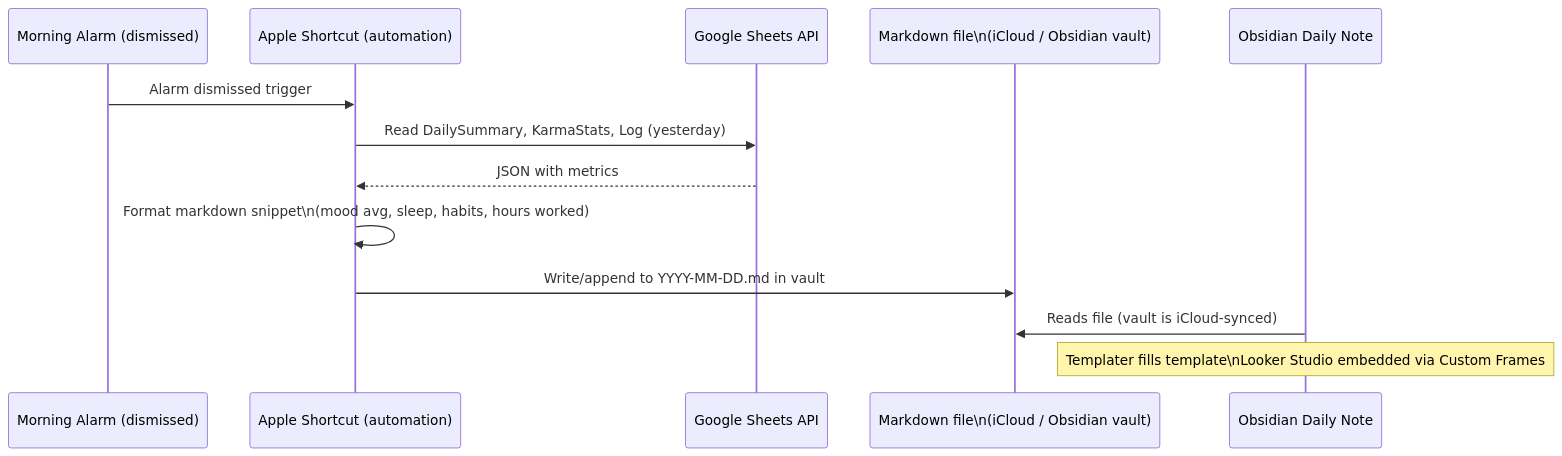
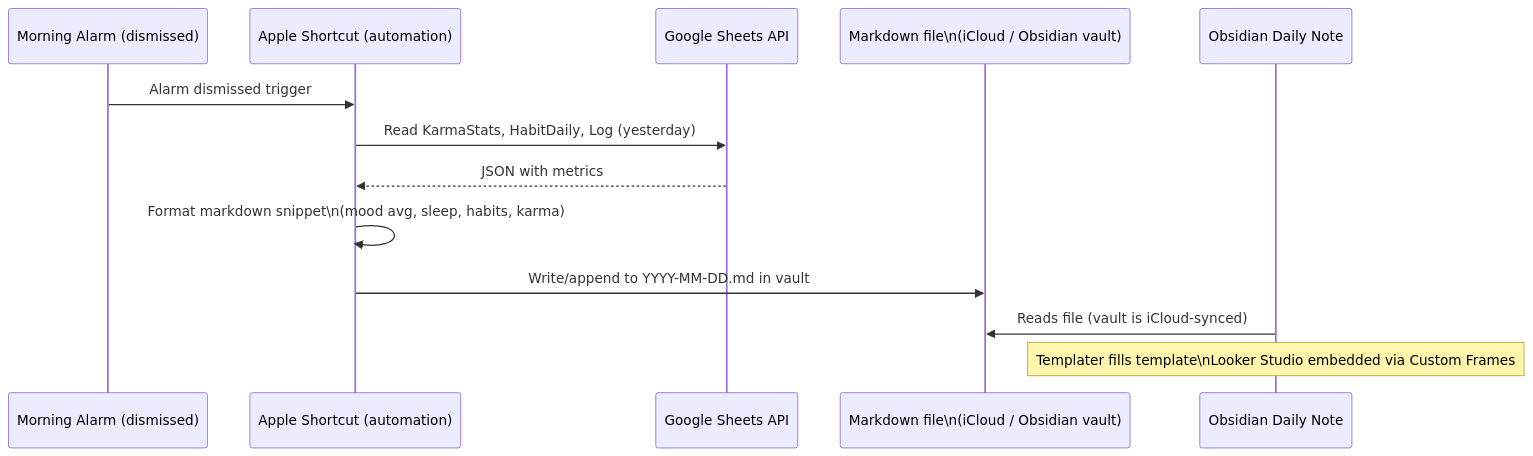
Before and after one commit to AlbertoMata/quantified-self: the fourth of 4 diagrams in docs/diagrams.md, drawn with Mermaid. The commit also changed other lines of this file and 97 other files, not shown here.

````diff
--- a/docs/diagrams.md
+++ b/docs/diagrams.md
@@ -107,16 +126,16 @@
 ```mermaid
 sequenceDiagram
     participant AL as Morning Alarm (dismissed)
     participant SC as Apple Shortcut (automation)
     participant GS as Google Sheets API
     participant MF as Markdown file\n(iCloud / Obsidian vault)
     participant OB as Obsidian Daily Note
 
     AL->>SC: Alarm dismissed trigger
-    SC->>GS: Read DailySummary, KarmaStats, Log (yesterday)
+    SC->>GS: Read KarmaStats, HabitDaily, Log (yesterday)
     GS-->>SC: JSON with metrics
-    SC->>SC: Format markdown snippet\n(mood avg, sleep, habits, hours worked)
+    SC->>SC: Format markdown snippet\n(mood avg, sleep, habits, karma)
     SC->>MF: Write/append to YYYY-MM-DD.md in vault
     OB->>MF: Reads file (vault is iCloud-synced)
     Note over OB: Templater fills template\nLooker Studio embedded via Custom Frames
 ```
````
